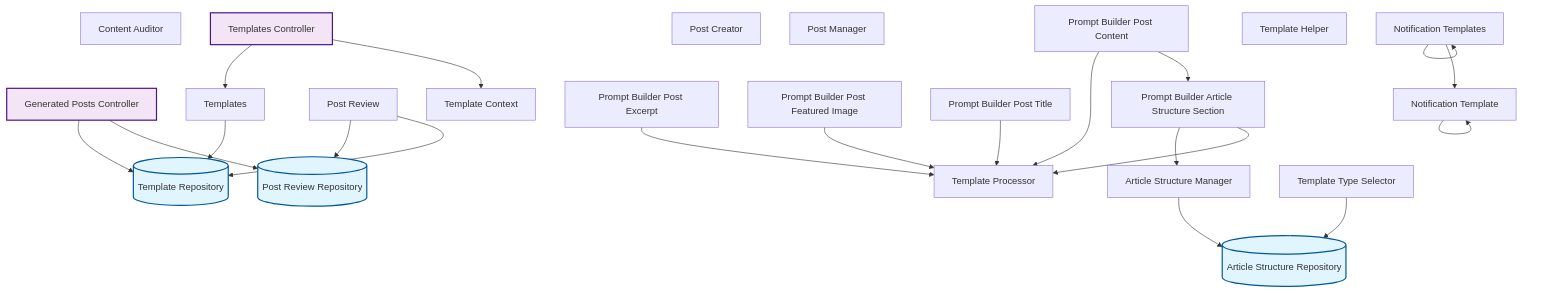
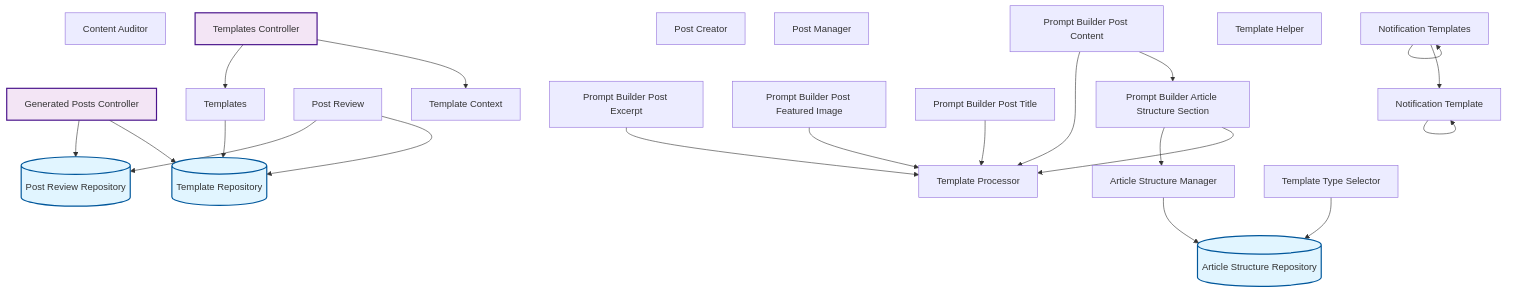
The fourth of 10 diagrams in docs/feature-report.md (rpnunez/wp-ai-scheduler), drawn with Mermaid before and after one commit. The commit also changed other lines of this file and 3 other files, not shown here.

````diff
--- a/docs/feature-report.md
+++ b/docs/feature-report.md
@@ -199,53 +207,53 @@
 ```mermaid
 flowchart TD
     %% Content Management Architecture
 
     Article_Structure_Manager["Article Structure Manager"]
     Article_Structure_Repository[("Article Structure Repository")]
     Content_Auditor["Content Auditor"]
     Generated_Posts_Controller["Generated Posts Controller"]
     Notification_Template["Notification Template"]
     Notification_Templates["Notification Templates"]
     Post_Creator["Post Creator"]
     Post_Manager["Post Manager"]
     Post_Review_Repository[("Post Review Repository")]
     Post_Review["Post Review"]
     Prompt_Builder_Article_Structure_Section["Prompt Builder Article Structure Section"]
     Prompt_Builder_Post_Content["Prompt Builder Post Content"]
     Prompt_Builder_Post_Excerpt["Prompt Builder Post Excerpt"]
     Prompt_Builder_Post_Featured_Image["Prompt Builder Post Featured Image"]
     Prompt_Builder_Post_Title["Prompt Builder Post Title"]
     Template_Context["Template Context"]
     Template_Helper["Template Helper"]
     Template_Processor["Template Processor"]
     Template_Repository[("Template Repository")]
     Template_Type_Selector["Template Type Selector"]
     Templates_Controller["Templates Controller"]
     Templates["Templates"]
 
     Article_Structure_Manager --> Article_Structure_Repository
+    Generated_Posts_Controller --> Template_Repository
     Generated_Posts_Controller --> Post_Review_Repository
-    Generated_Posts_Controller --> Template_Repository
     Notification_Template --> Notification_Template
     Notification_Templates --> Notification_Templates
     Notification_Templates --> Notification_Template
     Post_Review --> Template_Repository
     Post_Review --> Post_Review_Repository
     Prompt_Builder_Article_Structure_Section --> Template_Processor
     Prompt_Builder_Article_Structure_Section --> Article_Structure_Manager
     Prompt_Builder_Post_Content --> Prompt_Builder_Article_Structure_Section
     Prompt_Builder_Post_Content --> Template_Processor
     Prompt_Builder_Post_Excerpt --> Template_Processor
     Prompt_Builder_Post_Featured_Image --> Template_Processor
     Prompt_Builder_Post_Title --> Template_Processor
     Template_Type_Selector --> Article_Structure_Repository
     Templates_Controller --> Template_Context
     Templates_Controller --> Templates
     Templates --> Template_Repository
 
     classDef repository fill:#e1f5ff,stroke:#01579b,stroke-width:2px
     classDef service fill:#fff3e0,stroke:#e65100,stroke-width:2px
     classDef controller fill:#f3e5f5,stroke:#4a148c,stroke-width:2px
     class Article_Structure_Repository,Post_Review_Repository,Template_Repository repository
     class Generated_Posts_Controller,Templates_Controller controller
 ```
````
